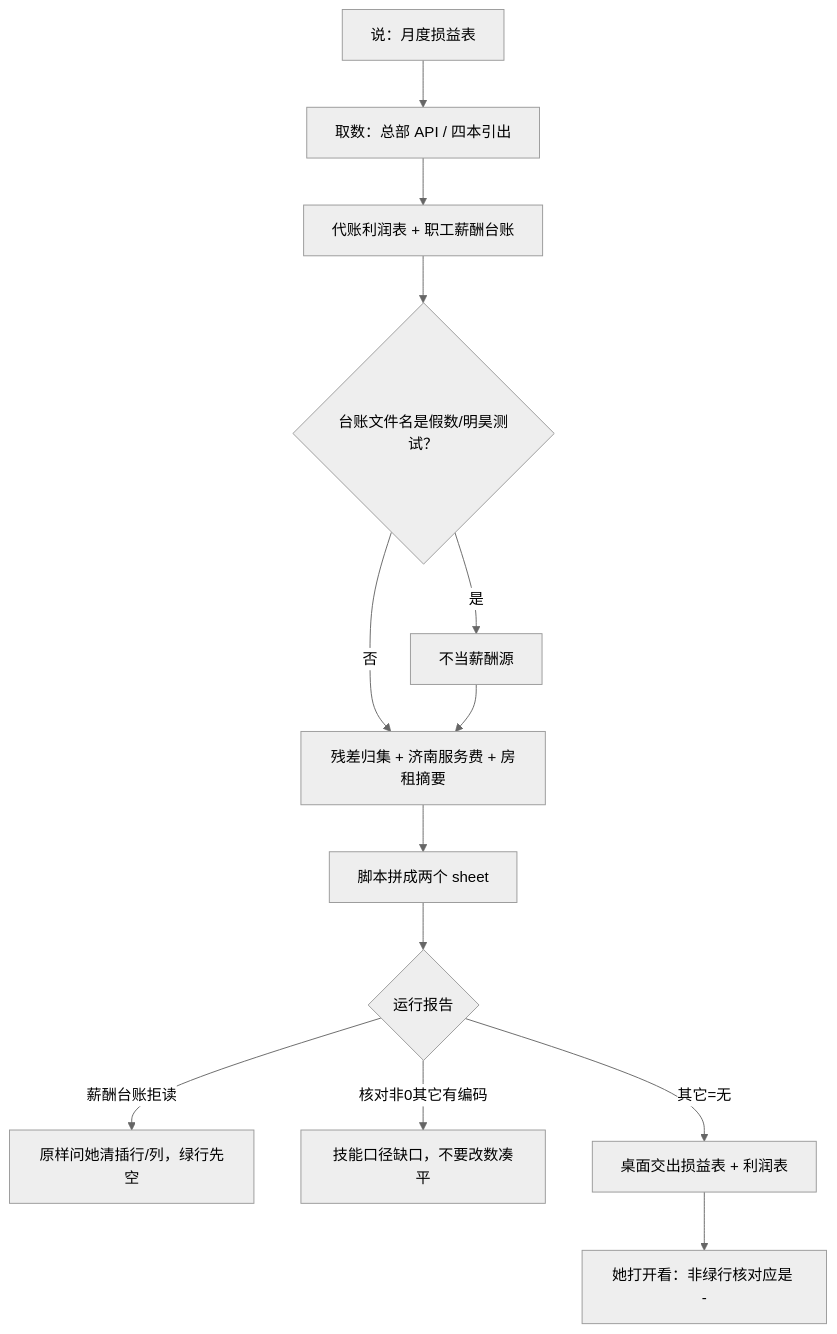
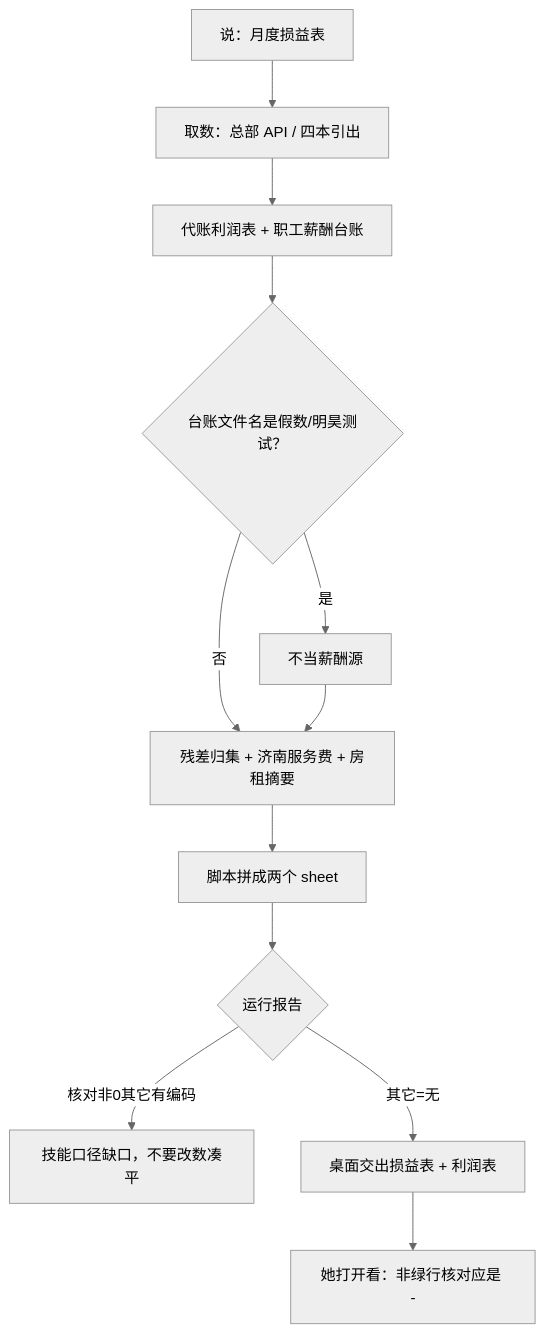
One commit to EvanLee2004/finance-skills changed the diagram in skills/pl-dept-report/README.md. Above: the diagram before and after it, drawn with Mermaid (neutral theme). The commit also changed other lines of this file and 6 other files, not shown here.

````diff
--- a/skills/pl-dept-report/README.md
+++ b/skills/pl-dept-report/README.md
@@ -55,15 +55,14 @@
 ```mermaid
 flowchart TD
   A["说：月度损益表"] --> B["取数：总部 API / 四本引出"]
   B --> C["代账利润表 + 职工薪酬台账"]
   C --> C1{"台账文件名是假数/明昊测试？"}
   C1 -->|是| C3["不当薪酬源"]
   C1 -->|否| C2["残差归集 + 济南服务费 + 房租摘要"]
   C3 --> C2
   C2 --> D["脚本拼成两个 sheet"]
   D --> E{"运行报告"}
-  E -->|薪酬台账拒读| F["原样问她清插行/列，绿行先空"]
   E -->|核对非0其它有编码| X["技能口径缺口，不要改数凑平"]
   E -->|其它=无| G["桌面交出损益表 + 利润表"]
   G --> H["她打开看：非绿行核对应是 -"]
 ```
````
